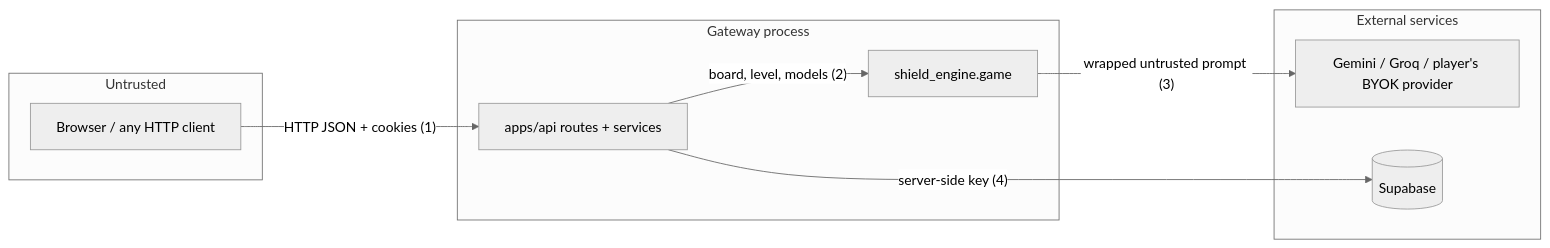
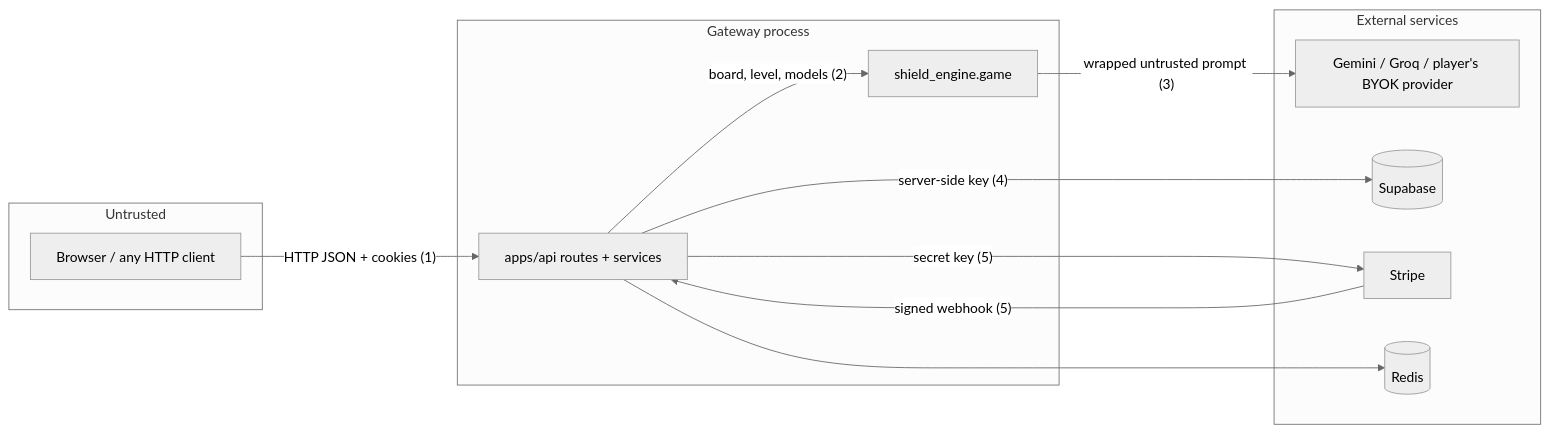
Before and after one commit to terryong31/ai-shield: the diagram in docs/explanation/threat-model.md, drawn with Mermaid (neutral theme). The commit also changed other lines of this file and 61 other files, not shown here.

````diff
--- a/docs/explanation/threat-model.md
+++ b/docs/explanation/threat-model.md
@@ -34,18 +37,23 @@
 ```mermaid
 flowchart LR
     subgraph Untrusted
         U[Browser / any HTTP client]
     end
     subgraph Gateway process
         G[apps/api routes + services]
         E[shield_engine.game]
     end
     subgraph External services
         P[Gemini / Groq / player's BYOK provider]
         S[(Supabase)]
+        T[Stripe]
+        R[(Redis)]
     end
     U -- "HTTP JSON + cookies (1)" --> G
     G -- "board, level, models (2)" --> E
     E -- "wrapped untrusted prompt (3)" --> P
     G -- "server-side key (4)" --> S
+    G -- "secret key (5)" --> T
+    T -- "signed webhook (5)" --> G
+    G --> R
 ```
````
